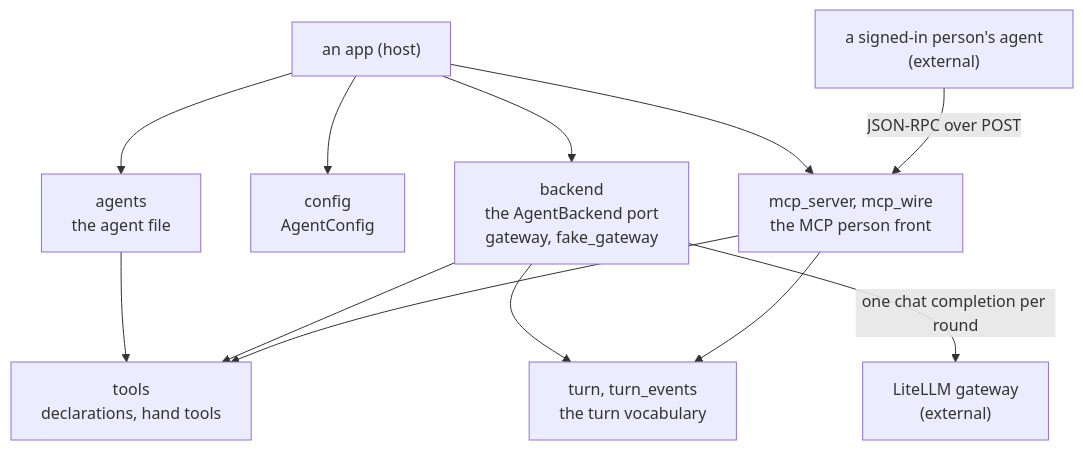
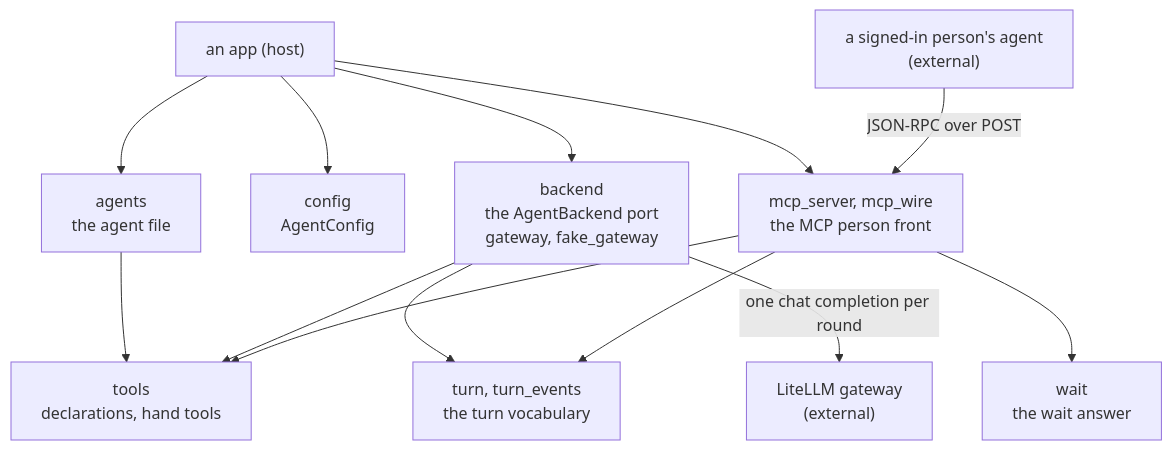
The first of 2 diagrams in docs/ARCHITECTURE.md (overnightworks/agent-runtime), drawn with Mermaid before and after one commit. The commit also changed other lines of this file and 10 other files, not shown here.

````diff
--- a/docs/ARCHITECTURE.md
+++ b/docs/ARCHITECTURE.md
@@ -14,24 +14,26 @@
 ```mermaid
 flowchart TB
     app["an app (host)"]
     agents["agents<br/>the agent file"]
     tools["tools<br/>declarations, hand tools"]
     config["config<br/>AgentConfig"]
     backend["backend<br/>the AgentBackend port<br/>gateway, fake_gateway"]
     turn["turn, turn_events<br/>the turn vocabulary"]
     mcp["mcp_server, mcp_wire<br/>the MCP person front"]
+    wait["wait<br/>the wait answer"]
     gateway["LiteLLM gateway<br/>(external)"]
     person["a signed-in person's agent<br/>(external)"]
 
     app --> agents
     app --> config
     app --> backend
     app --> mcp
     agents --> tools
     backend --> tools
     backend --> turn
     mcp --> tools
     mcp --> turn
+    mcp --> wait
     backend -->|"one chat completion per round"| gateway
     person -->|"JSON-RPC over POST"| mcp
 ```
````
